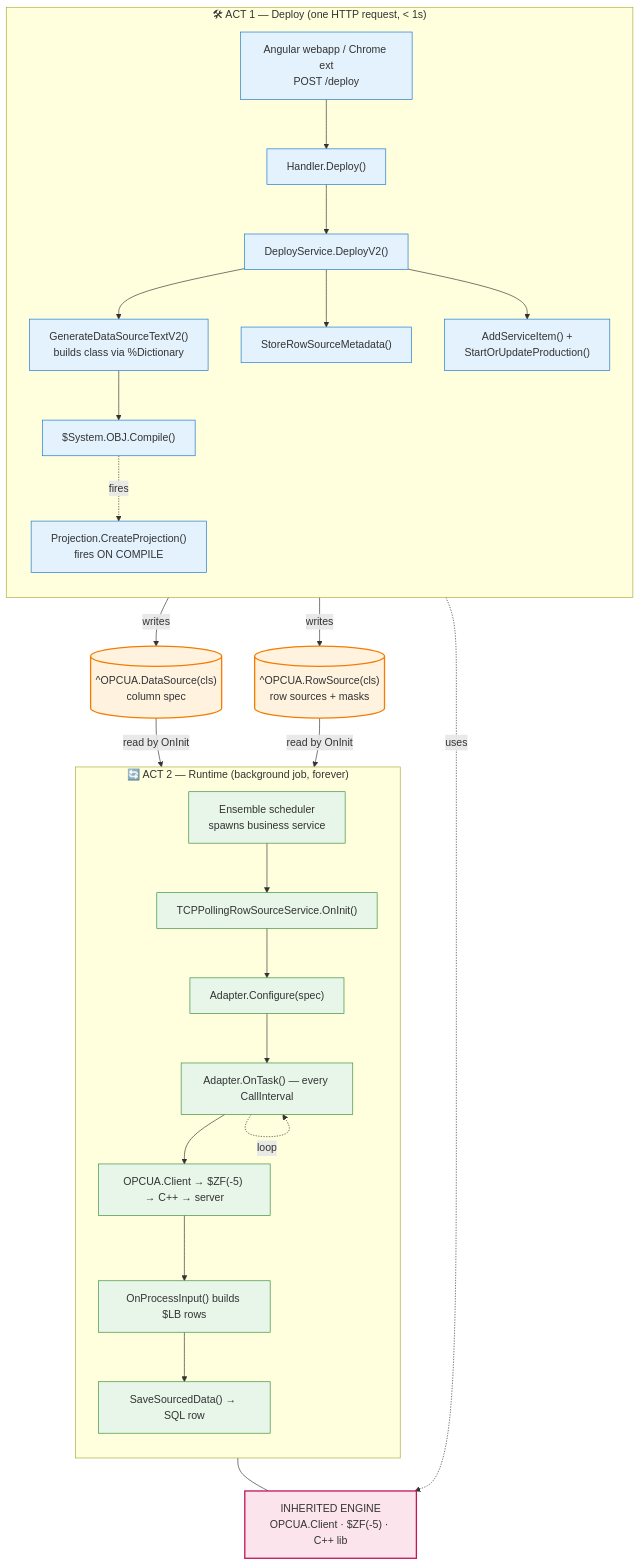
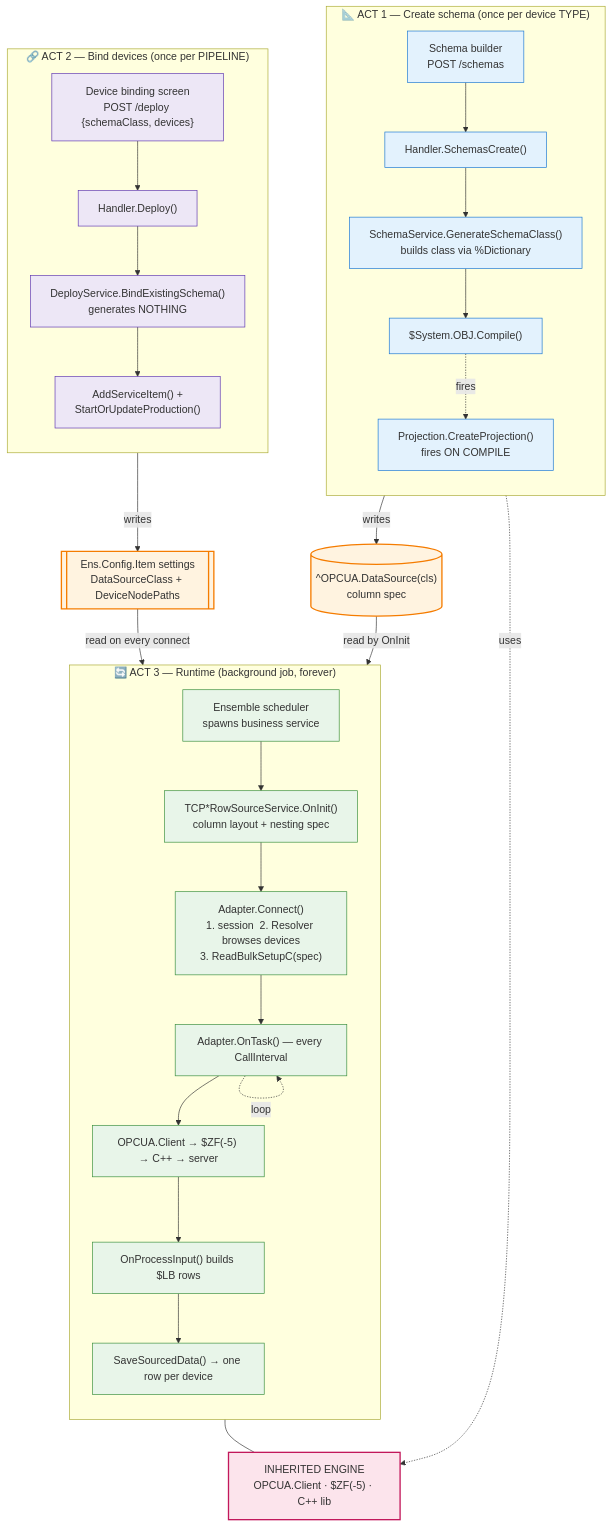
Before and after one commit to GiornoRetr0/iris-opcua: the first of 4 diagrams in WORKFLOW-DIAGRAM.md, drawn with Mermaid. The commit also changed other lines of this file and 3 other files, not shown here.

First line of the commit message:
docs: update for the schema / device split (PRD phase 6)

````diff
--- a/WORKFLOW-DIAGRAM.md
+++ b/WORKFLOW-DIAGRAM.md
@@ -17,51 +23,58 @@
 ```mermaid
 flowchart TB
-    subgraph ACT1["🛠 ACT 1 — Deploy (one HTTP request, < 1s)"]
+    subgraph ACT1["📐 ACT 1 — Create schema (once per device TYPE)"]
         direction TB
-        A1["Angular webapp / Chrome ext<br/>POST /deploy"]
-        A2["Handler.Deploy()"]
-        A3["DeployService.DeployV2()"]
-        A4["GenerateDataSourceTextV2()<br/>builds class via %Dictionary"]
-        A5["$System.OBJ.Compile()"]
-        A6["Projection.CreateProjection()<br/>fires ON COMPILE"]
-        A7["StoreRowSourceMetadata()"]
-        A8["AddServiceItem() +<br/>StartOrUpdateProduction()"]
-        A1 --> A2 --> A3 --> A4 --> A5 -.fires.-> A6
-        A3 --> A7
-        A3 --> A8
+        A1["Schema builder<br/>POST /schemas"]
+        A2["Handler.SchemasCreate()"]
+        A3["SchemaService.GenerateSchemaClass()<br/>builds class via %Dictionary"]
+        A4["$System.OBJ.Compile()"]
+        A5["Projection.CreateProjection()<br/>fires ON COMPILE"]
+        A1 --> A2 --> A3 --> A4 -.fires.-> A5
     end
 
     G1[("^OPCUA.DataSource(cls)<br/>column spec")]
-    G2[("^OPCUA.RowSource(cls)<br/>row sources + masks")]
-    A6 -- writes --> G1
-    A7 -- writes --> G2
+    A5 -- writes --> G1
 
-    subgraph ACT2["🔄 ACT 2 — Runtime (background job, forever)"]
+    subgraph ACT2["🔗 ACT 2 — Bind devices (once per PIPELINE)"]
+        direction TB
+        C1["Device binding screen<br/>POST /deploy {schemaClass, devices}"]
+        C2["Handler.Deploy()"]
+        C3["DeployService.BindExistingSchema()<br/>generates NOTHING"]
+        C4["AddServiceItem() +<br/>StartOrUpdateProduction()"]
+        C1 --> C2 --> C3 --> C4
+    end
+
+    S1[["Ens.Config.Item settings<br/>DataSourceClass + DeviceNodePaths"]]
+    C4 -- writes --> S1
+
+    subgraph ACT3["🔄 ACT 3 — Runtime (background job, forever)"]
         direction TB
         B1["Ensemble scheduler<br/>spawns business service"]
-        B2["TCPPollingRowSourceService.OnInit()"]
-        B3["Adapter.Configure(spec)"]
+        B2["TCP*RowSourceService.OnInit()<br/>column layout + nesting spec"]
+        B3["Adapter.Connect()<br/>1. session  2. Resolver browses devices<br/>3. ReadBulkSetupC(spec)"]
         B4["Adapter.OnTask() — every CallInterval"]
         B5["OPCUA.Client → $ZF(-5) → C++ → server"]
         B6["OnProcessInput() builds $LB rows"]
-        B7["SaveSourcedData() → SQL row"]
+        B7["SaveSourcedData() → one row per device"]
         B1 --> B2 --> B3 --> B4 --> B5 --> B6 --> B7
         B4 -. loop .-> B4
     end
 
     G1 -- read by OnInit --> B2
-    G2 -- read by OnInit --> B2
+    S1 -- read on every connect --> B3
 
     ENGINE["INHERITED ENGINE<br/>OPCUA.Client · $ZF(-5) · C++ lib"]
-    A5 -.uses.-> ENGINE
+    A4 -.uses.-> ENGINE
     B5 --- ENGINE
 
     classDef act1 fill:#e3f2fd,stroke:#1976d2;
-    classDef act2 fill:#e8f5e9,stroke:#388e3c;
+    classDef act2 fill:#ede7f6,stroke:#5e35b1;
+    classDef act3 fill:#e8f5e9,stroke:#388e3c;
     classDef glob fill:#fff3e0,stroke:#f57c00,stroke-width:2px;
     classDef eng fill:#fce4ec,stroke:#c2185b,stroke-width:2px;
-    class A1,A2,A3,A4,A5,A6,A7,A8 act1;
-    class B1,B2,B3,B4,B5,B6,B7 act2;
-    class G1,G2 glob;
+    class A1,A2,A3,A4,A5 act1;
+    class C1,C2,C3,C4 act2;
+    class B1,B2,B3,B4,B5,B6,B7 act3;
+    class G1,S1 glob;
     class ENGINE eng;
 ```
````
